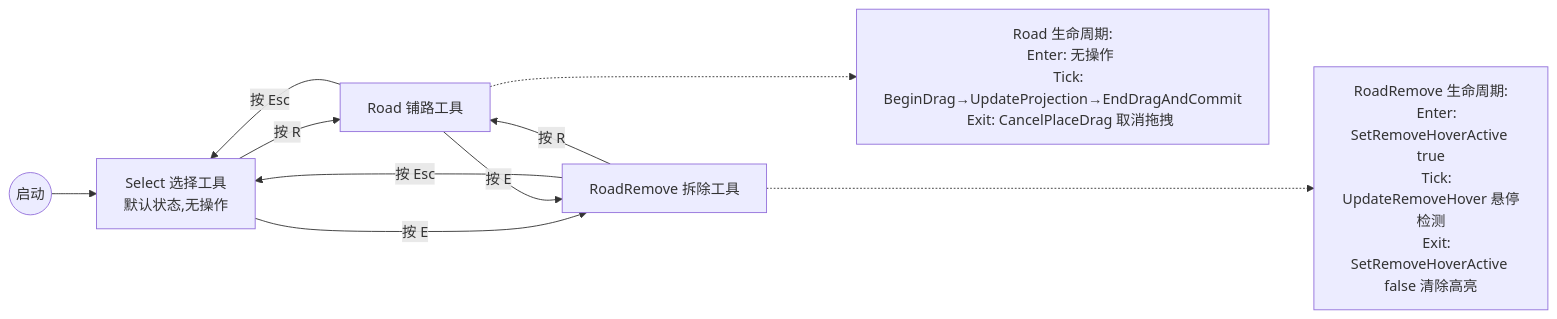
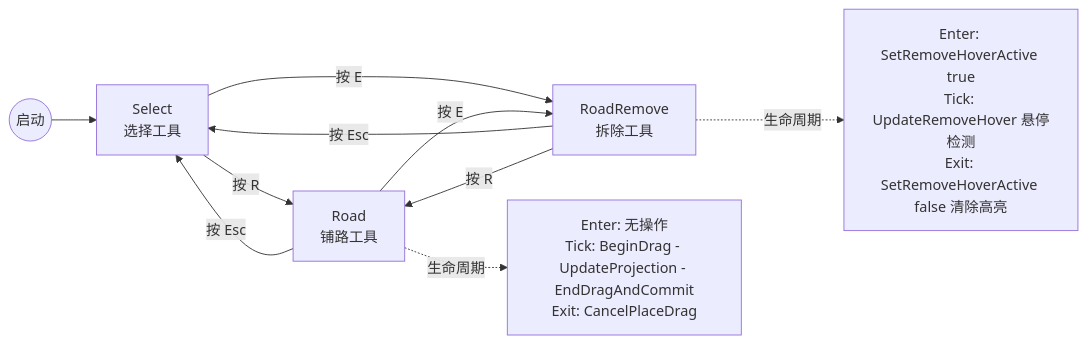
Before and after one commit to xianfishyu/SimpleCities: the fifth of 9 diagrams in docs/game-logic.md, drawn with Mermaid. The commit also changed other lines of this file, not shown here.

First line of the commit message:
#文档：统一所有Mermaid图为flowchart并修复渲染问题

````diff
--- a/docs/game-logic.md
+++ b/docs/game-logic.md
@@ -279,26 +211,15 @@
 ```mermaid
 flowchart LR
     Start((启动)) --> Select
 
-    Select["Select 选择工具<br>默认状态,无操作"] -->|"按 R"| Road["Road 铺路工具"]
-    Select -->|"按 E"| Remove["RoadRemove 拆除工具"]
+    Select["Select<br/>选择工具"] -->|按 R| Road["Road<br/>铺路工具"]
+    Select -->|按 E| Remove["RoadRemove<br/>拆除工具"]
 
-    Road -->|"按 Esc"| Select
-    Road -->|"按 E"| Remove
-    Remove -->|"按 Esc"| Select
-    Remove -->|"按 R"| Road
+    Road -->|按 Esc| Select
+    Road -->|按 E| Remove
+    Remove -->|按 Esc| Select
+    Remove -->|按 R| Road
 
-    Road -...-> RN["
-    Road 生命周期:
-    Enter: 无操作
-    Tick: BeginDrag→UpdateProjection→EndDragAndCommit
-    Exit: CancelPlaceDrag 取消拖拽
-    "]
-
-    Remove -...-> RMN["
-    RoadRemove 生命周期:
-    Enter: SetRemoveHoverActive true
-    Tick: UpdateRemoveHover 悬停检测
-    Exit: SetRemoveHoverActive false 清除高亮
-    "]
+    Road -.生命周期.-> RN["Enter: 无操作<br/>Tick: BeginDrag - UpdateProjection - EndDragAndCommit<br/>Exit: CancelPlaceDrag"]
+    Remove -.生命周期.-> RMN["Enter: SetRemoveHoverActive true<br/>Tick: UpdateRemoveHover 悬停检测<br/>Exit: SetRemoveHoverActive false 清除高亮"]
 ```
````
